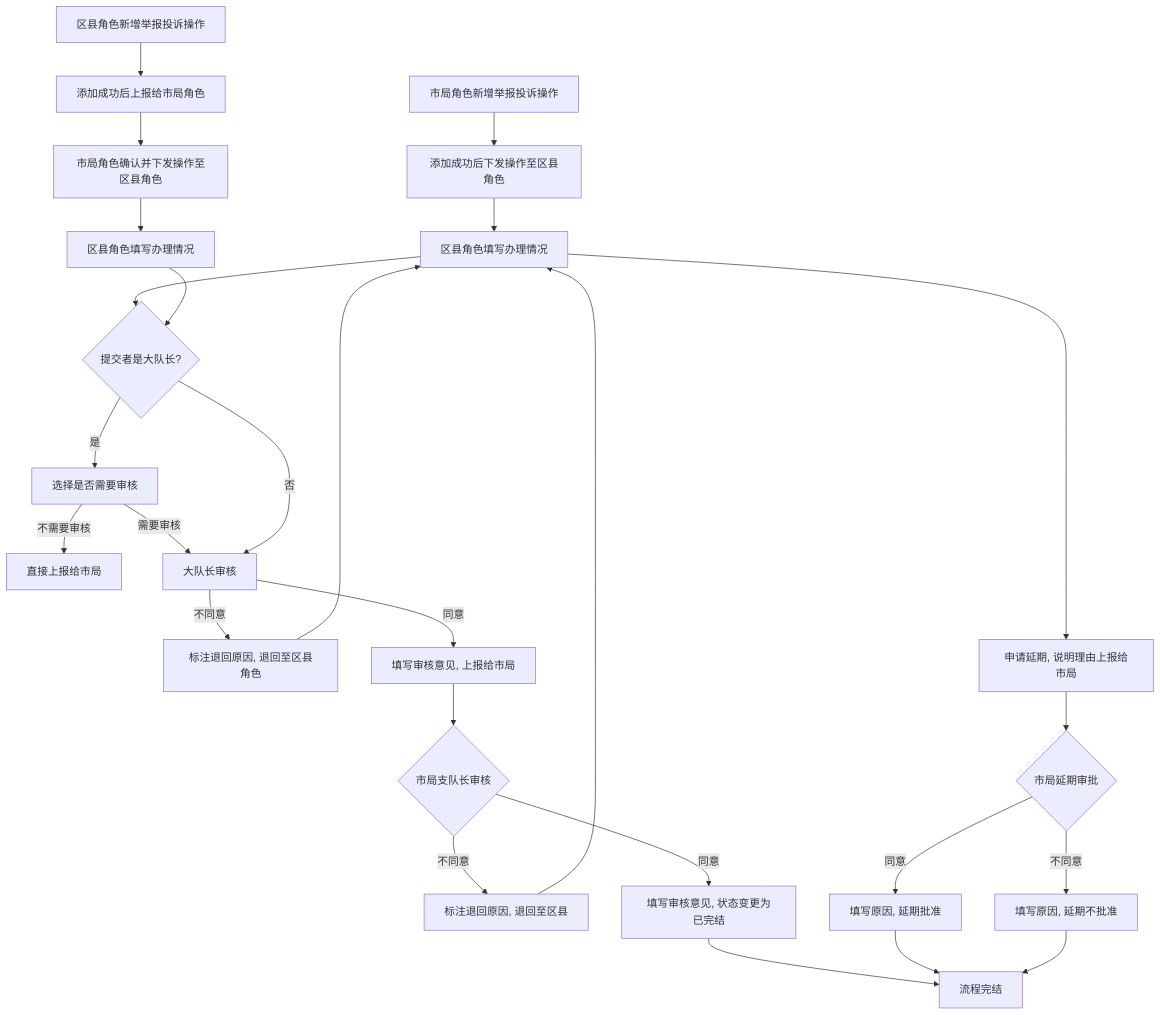
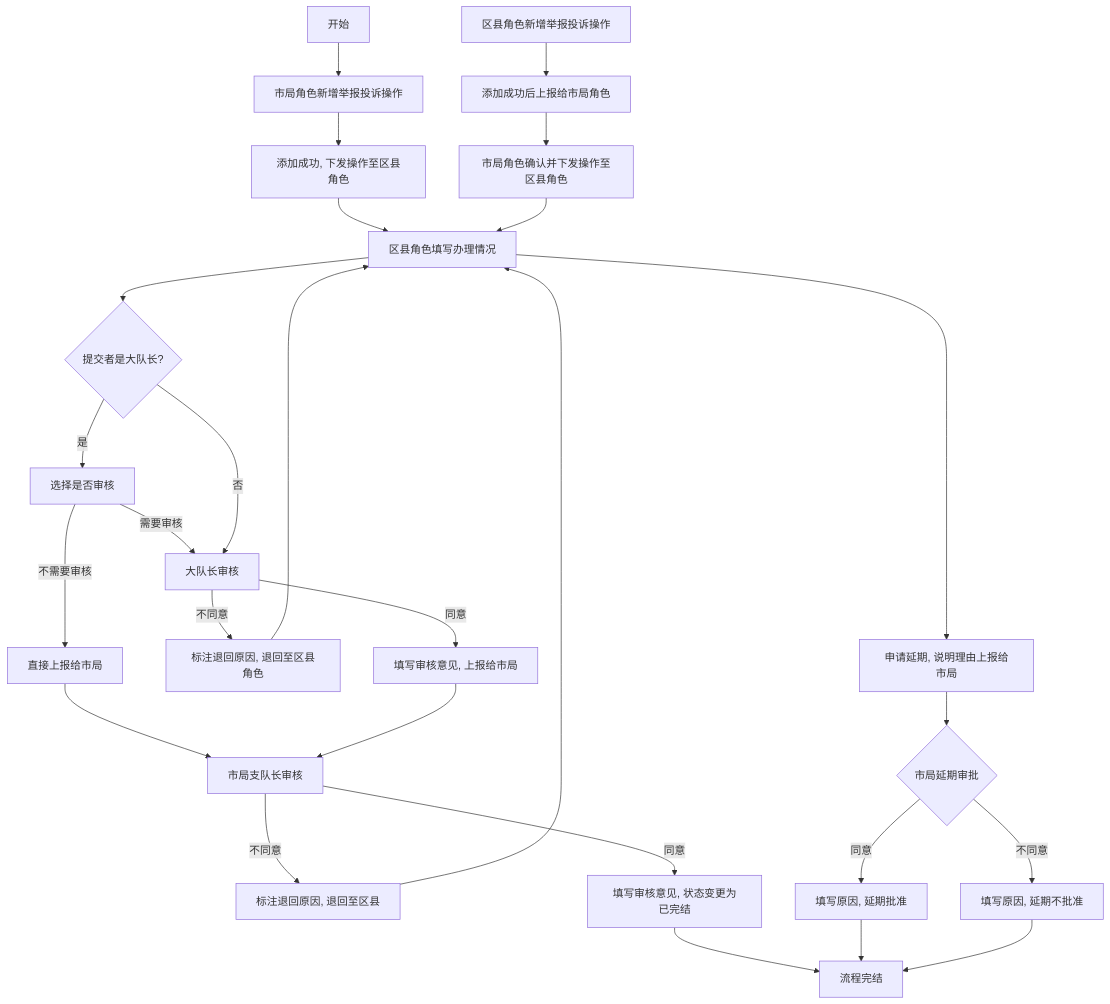
One commit to stackJx/stackedit-app-data changed the diagram in 举报投诉.md. Above: the diagram before and after it, drawn with Mermaid. The commit also changed other lines of this file, not shown here.

Commit message:
举报投诉.md updated from https://stackedit.cn/

````diff
--- a/举报投诉.md
+++ b/举报投诉.md
@@ -1,30 +1,33 @@
 ```mermaid
 graph TD;
-    A[市局角色新增举报投诉操作] --> B[添加成功后下发操作至区县角色];
-    B --> C[区县角色填写办理情况];
-    C --> D{提交者是大队长?};
-    D -- 是 --> E[选择是否需要审核];
-    E -- 不需要审核 --> F[直接上报给市局];
-    E -- 需要审核 --> G[大队长审核];
-    D -- 否 --> G;
-    G -- 不同意 --> H[标注退回原因, 退回至区县角色];
-    G -- 同意 --> I[填写审核意见, 上报给市局];
-    H --> C;
-    I --> J{市局支队长审核};
-    J -- 不同意 --> K[标注退回原因, 退回至区县];
-    J -- 同意 --> L[填写审核意见, 状态变更为已完结];
-    K --> C;
-    L --> M[流程完结];
-    C --> N[申请延期, 说明理由上报给市局];
-    N --> O{市局延期审批};
-    O -- 同意 --> P[填写原因, 延期批准];
-    O -- 不同意 --> Q[填写原因, 延期不批准];
-    P --> M;
-    Q --> M;
+    A[开始]
+    A --> B[市局角色新增举报投诉操作]
+    B --> C[添加成功, 下发操作至区县角色]
+    C --> D[区县角色填写办理情况]
+    D --> E{提交者是大队长?}
+    E -->|是| F[选择是否审核]
+    F -->|不需要审核| G[直接上报给市局]
+    G --> L[市局支队长审核]
+    F -->|需要审核| H[大队长审核]
+    E -->|否| H
+    H -->|不同意| I[标注退回原因, 退回至区县角色]
+    H -->|同意| J[填写审核意见, 上报给市局]
+    I --> D
+    J --> L
+    L -->|不同意| M[标注退回原因, 退回至区县]
+    L -->|同意| N[填写审核意见, 状态变更为已完结]
+    M --> D
+    N --> O[流程完结]
+    D --> P[申请延期, 说明理由上报给市局]
+    P --> Q{市局延期审批}
+    Q -->|同意| R[填写原因, 延期批准]
+    Q -->|不同意| S[填写原因, 延期不批准]
+    R --> O
+    S --> O
 
-    R[区县角色新增举报投诉操作] --> S[添加成功后上报给市局角色];
-    S --> T[市局角色确认并下发操作至区县角色];
-    T --> U[区县角色填写办理情况];
-    U --> D;
+    T[区县角色新增举报投诉操作] --> U[添加成功后上报给市局角色]
+    U --> V[市局角色确认并下发操作至区县角色]
+    V --> D
+
 
 ```
````
